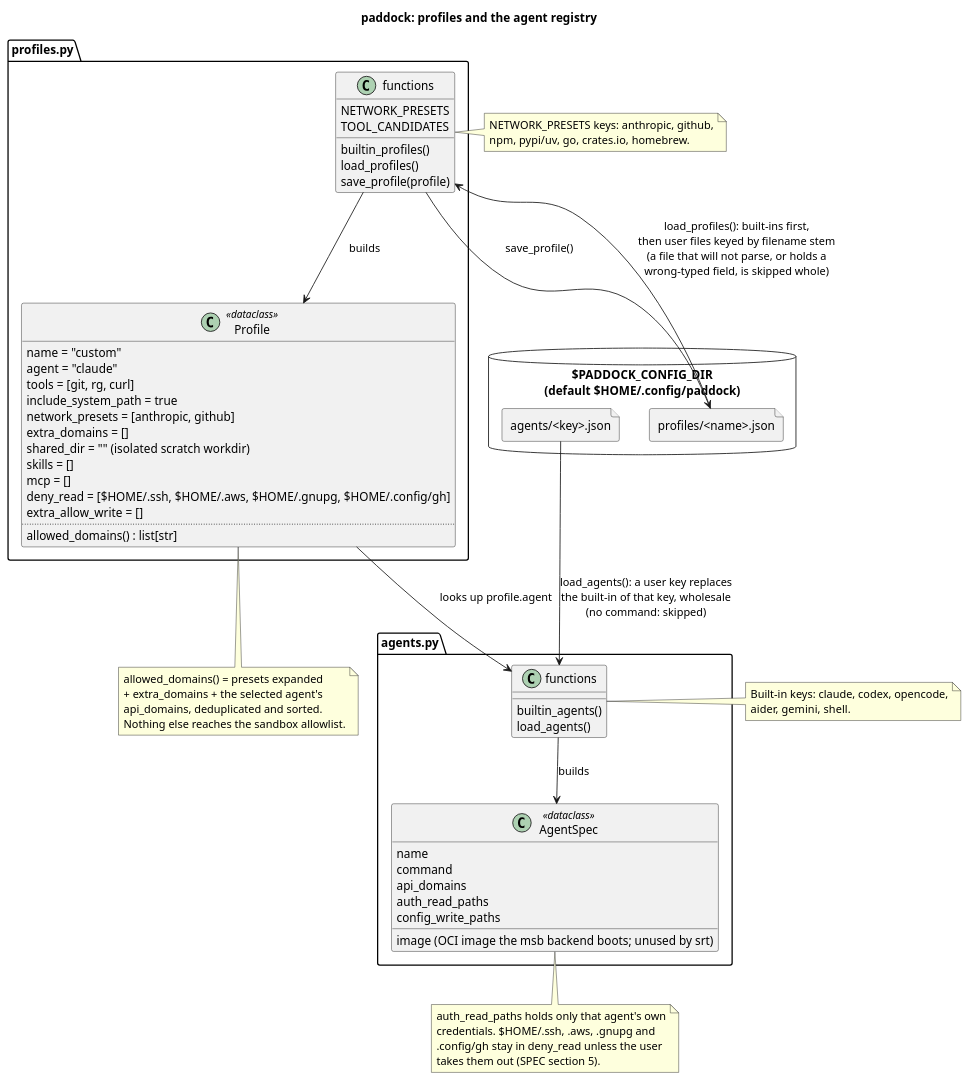
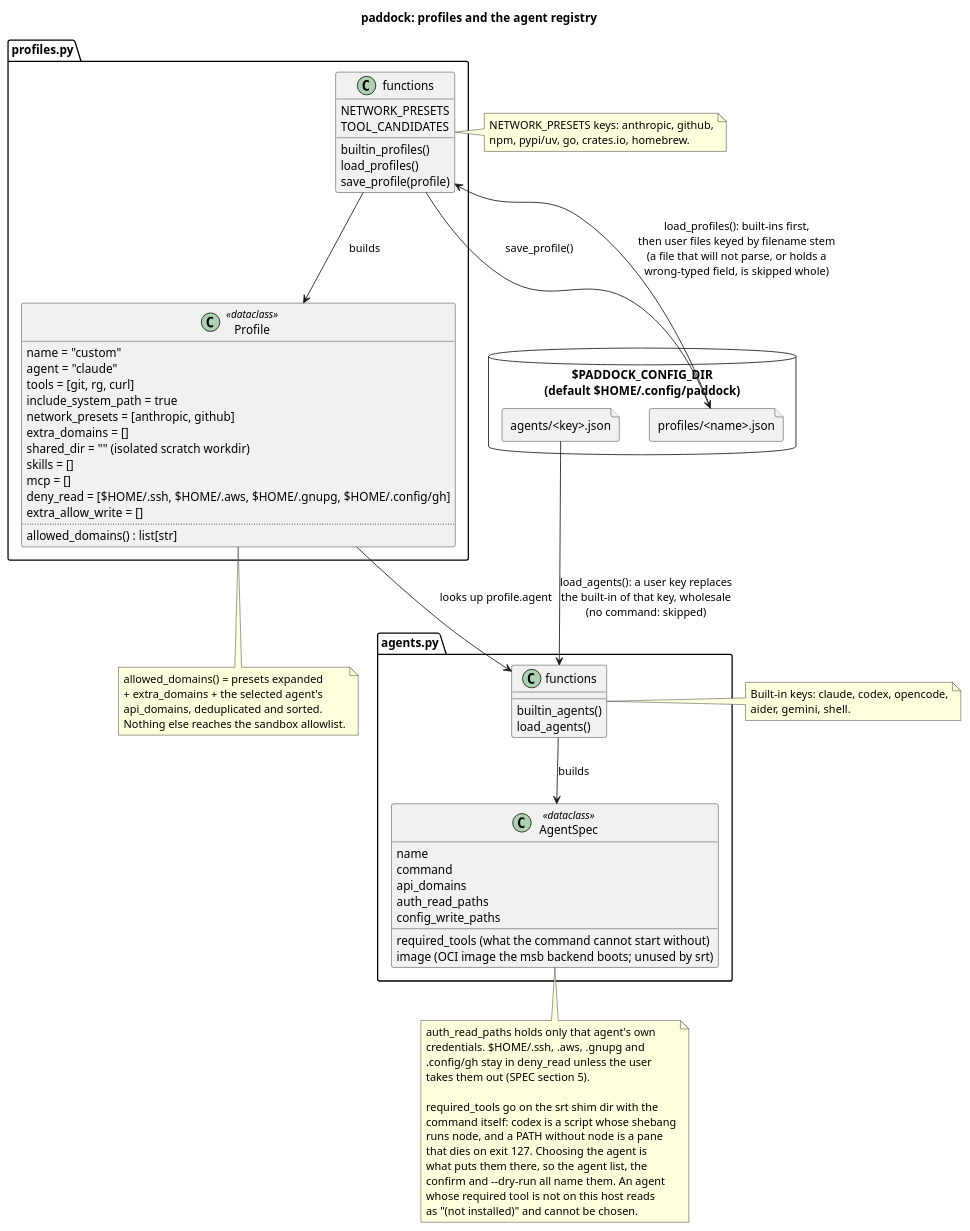
Before and after one commit to paddock-sh/paddock: the diagram in docs/diagrams/profiles_and_agents.puml, drawn with PlantUML. The commit also changed 11 other files, not shown here.

First line of the commit message:
feat: an agent gets the tools it cannot start without

```diff
--- a/docs/diagrams/profiles_and_agents.puml
+++ b/docs/diagrams/profiles_and_agents.puml
@@ -1,85 +1,95 @@
 @startuml profiles_and_agents
 title paddock: profiles and the agent registry
 
 allowmixing
 set separator none
 skinparam shadowing false
 skinparam classAttributeIconSize 0
 
 package "profiles.py" {
   class Profile <<dataclass>> {
     name = "custom"
     agent = "claude"
     tools = [git, rg, curl]
     include_system_path = true
     network_presets = [anthropic, github]
     extra_domains = []
     shared_dir = "" (isolated scratch workdir)
     skills = []
     mcp = []
     deny_read = [$HOME/.ssh, $HOME/.aws, $HOME/.gnupg, $HOME/.config/gh]
     extra_allow_write = []
     ..
     allowed_domains() : list[str]
   }
   class "functions" as ProfileFns {
     NETWORK_PRESETS
     TOOL_CANDIDATES
     builtin_profiles()
     load_profiles()
     save_profile(profile)
   }
 }
 
 package "agents.py" {
   class AgentSpec <<dataclass>> {
     name
     command
     api_domains
+    required_tools (what the command cannot start without)
     auth_read_paths
     config_write_paths
     image (OCI image the msb backend boots; unused by srt)
   }
   class "functions" as AgentFns {
     builtin_agents()
     load_agents()
   }
 }
 
 database "$PADDOCK_CONFIG_DIR\n(default $HOME/.config/paddock)" as ConfigDir {
   file "profiles/<name>.json" as ProfileFiles
   file "agents/<key>.json" as AgentFiles
 }
 
 ProfileFns --> Profile : builds
 AgentFns --> AgentSpec : builds
 ProfileFiles --> ProfileFns : load_profiles(): built-ins first,\nthen user files keyed by filename stem\n(a file that will not parse, or holds a\nwrong-typed field, is skipped whole)
 ProfileFns --> ProfileFiles : save_profile()
 AgentFiles --> AgentFns : load_agents(): a user key replaces\nthe built-in of that key, wholesale\n(no command: skipped)
 Profile --> AgentFns : looks up profile.agent
 
 note right of ProfileFns
   NETWORK_PRESETS keys: anthropic, github,
   npm, pypi/uv, go, crates.io, homebrew.
 end note
 
 note right of AgentFns
   Built-in keys: claude, codex, opencode,
   aider, gemini, shell.
 end note
 
 note bottom of Profile
   allowed_domains() = presets expanded
   + extra_domains + the selected agent's
   api_domains, deduplicated and sorted.
   Nothing else reaches the sandbox allowlist.
 end note
 
 note bottom of AgentSpec
   auth_read_paths holds only that agent's own
   credentials. $HOME/.ssh, .aws, .gnupg and
   .config/gh stay in deny_read unless the user
   takes them out (SPEC section 5).
+
+  required_tools go on the srt shim dir with the
+  command itself: codex is a script whose shebang
+  runs node, and a PATH without node is a pane
+  that dies on exit 127. Choosing the agent is
+  what puts them there, so the agent list, the
+  confirm and --dry-run all name them. An agent
+  whose required tool is not on this host reads
+  as "(not installed)" and cannot be chosen.
 end note
 
 @enduml
```
